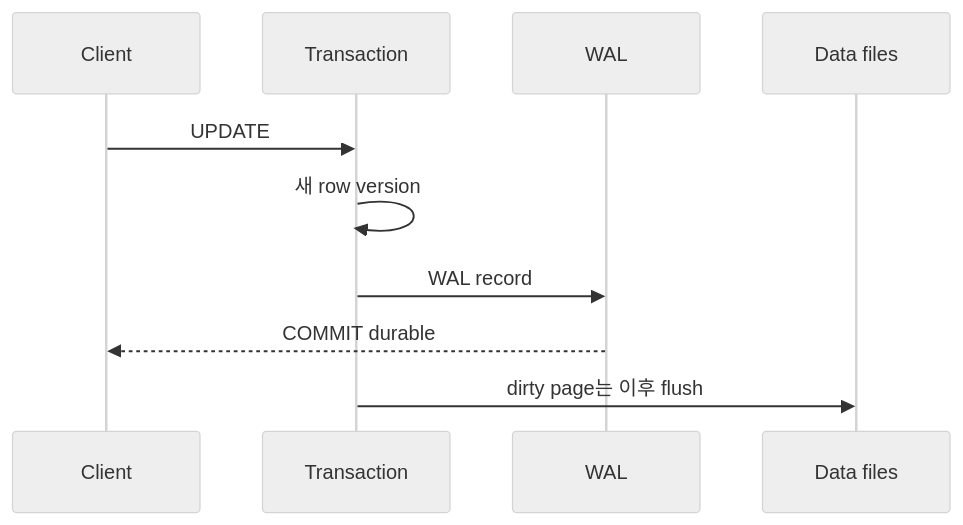
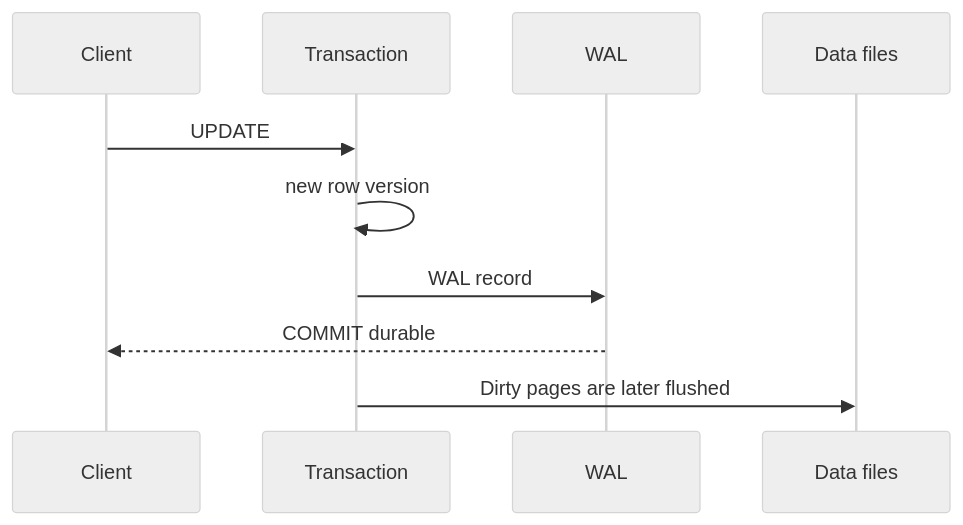
One commit to nohdol97/nohdol-study changed the diagram in docs-site/content/postgresql/01-mvcc-wal-query-model.md. Above: the diagram before and after it, drawn with Mermaid (neutral theme). The commit also changed other lines of this file and 116 other files, not shown here.

````diff
--- a/docs-site/content/postgresql/01-mvcc-wal-query-model.md
+++ b/docs-site/content/postgresql/01-mvcc-wal-query-model.md
@@ -43,12 +43,12 @@
 ```mermaid
 sequenceDiagram
     participant C as Client
     participant T as Transaction
     participant W as WAL
     participant D as Data files
     C->>T: UPDATE
-    T->>T: 새 row version
+    T->>T: new row version
     T->>W: WAL record
     W-->>C: COMMIT durable
-    T->>D: dirty page는 이후 flush
+    T->>D: Dirty pages are later flushed
 ```
````
